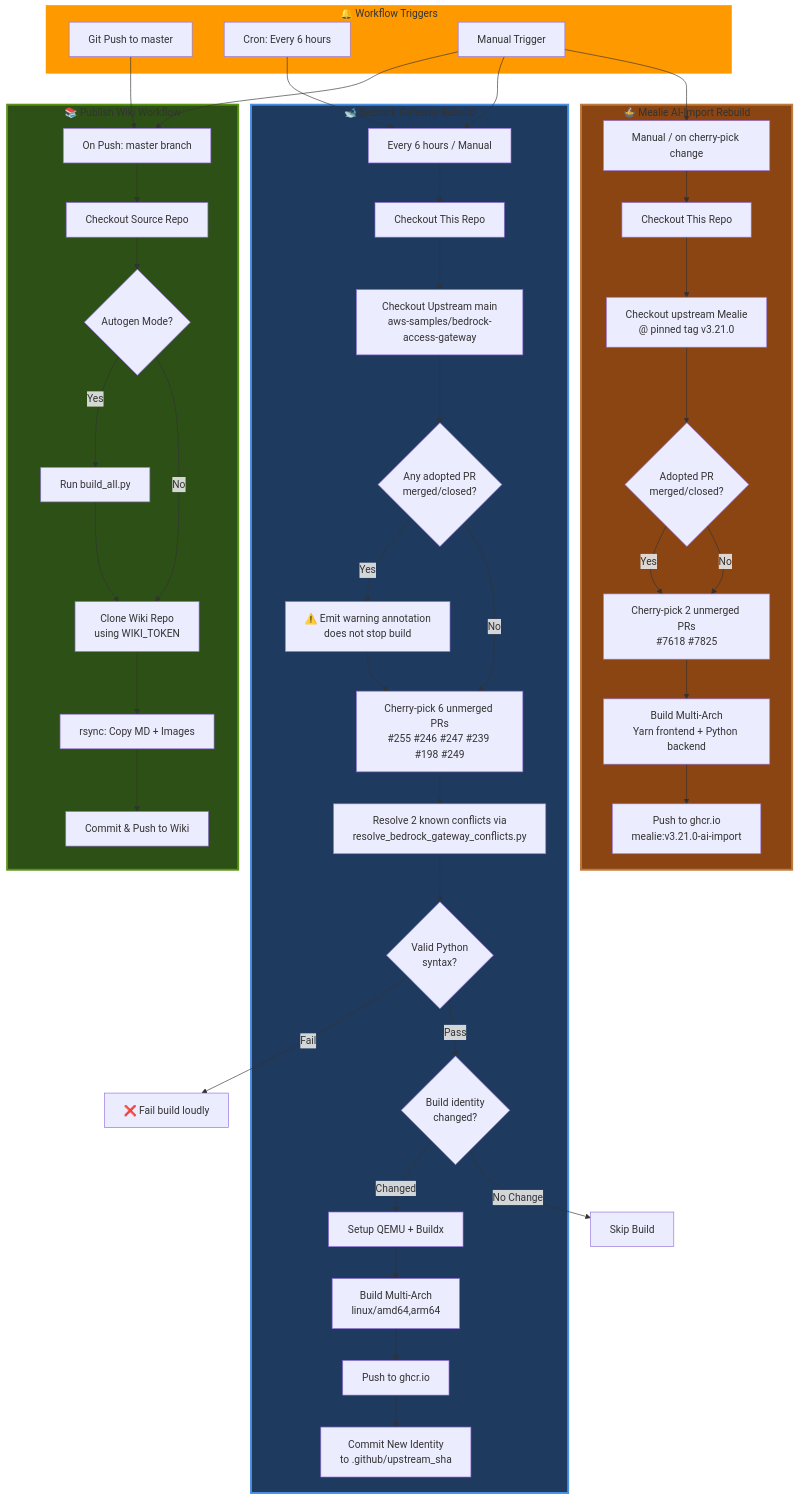
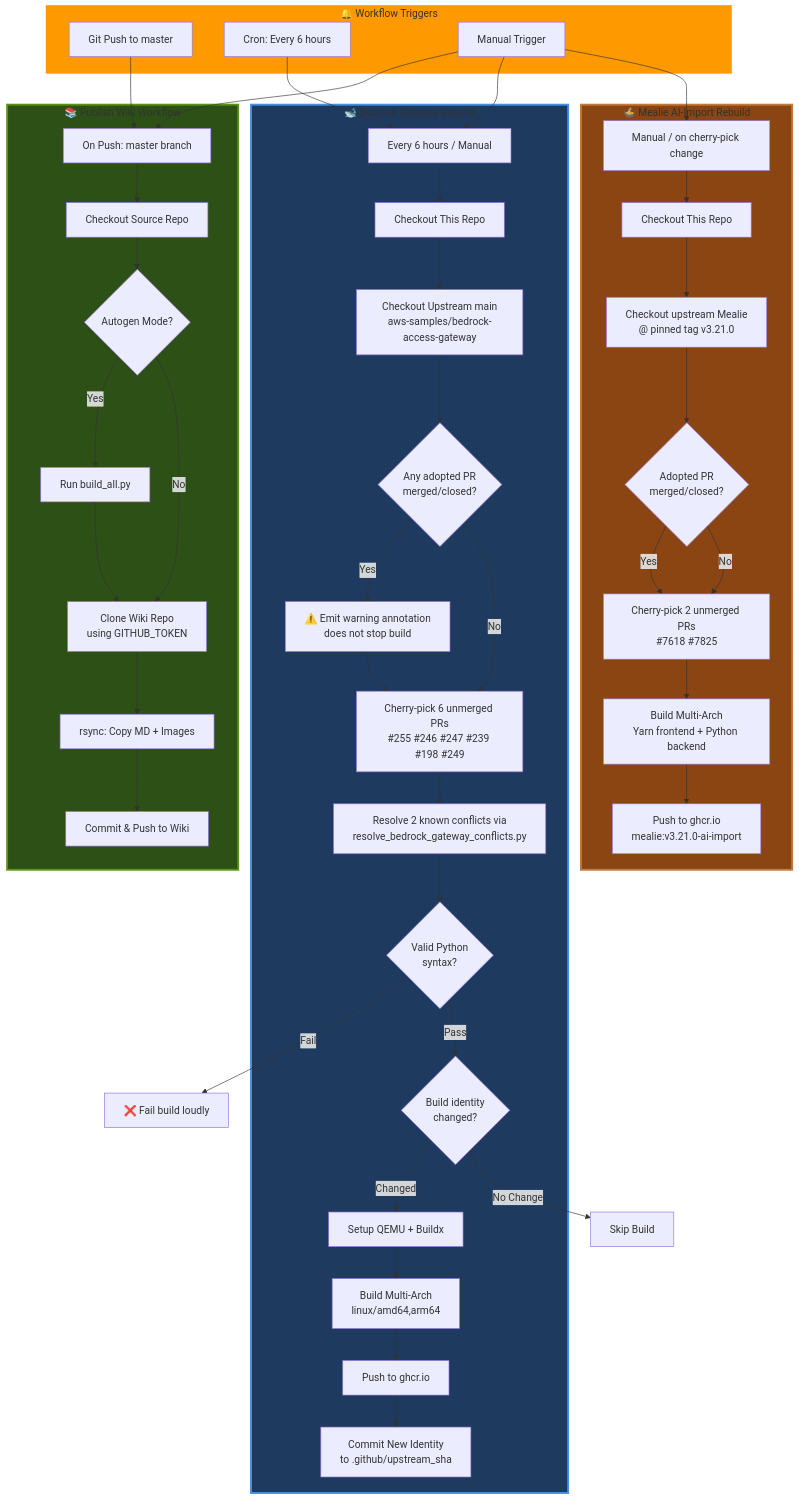
The first of 5 diagrams in docs/wiki/15-CI-CD-and-GitHub-Actions.md (seadogger-tech/seadogger-homelab), drawn with Mermaid before and after one commit. The commit also changed other lines of this file and 5 other files, not shown here.

```diff
--- a/docs/wiki/15-CI-CD-and-GitHub-Actions.md
+++ b/docs/wiki/15-CI-CD-and-GitHub-Actions.md
@@ -31,7 +31,7 @@
         Checkout1[Checkout Source Repo]
         BuildCheck{Autogen Mode?}
         BuildScript[Run build_all.py]
-        CloneWiki[Clone Wiki Repo<br/>using WIKI_TOKEN]
+        CloneWiki[Clone Wiki Repo<br/>using GITHUB_TOKEN]
         Rsync[rsync: Copy MD + Images]
         CommitWiki[Commit & Push to Wiki]
     end
```
